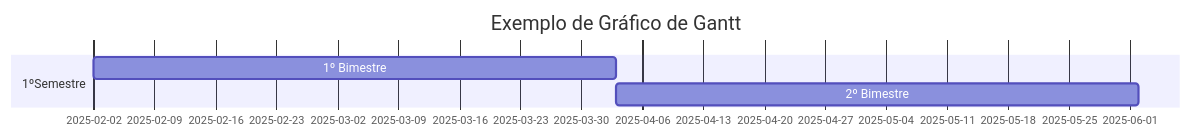
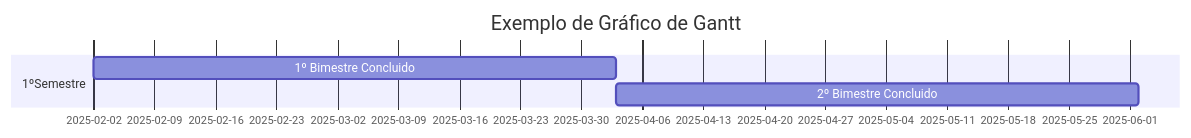
One commit to Leandro-dsm/graficoGantt changed the third of 3 diagrams in README.md. Above: the diagram before and after it, drawn with Mermaid.

````diff
--- a/README.md
+++ b/README.md
@@ -17,9 +17,9 @@
 ```mermaid
 gantt
    title Exemplo de Gráfico de Gantt
    dateFormat YYYY-MM-DD
    section 1ºSemestre
-   1º Bimestre :a1, 2025-02-02, 60d
-   2º Bimestre :a2, after a1, 60d
+   1º Bimestre Concluido :a1, 2025-02-02, 60d
+   2º Bimestre Concluido :a2, after a1, 60d
    section 2ºSemestre
 ```
````
